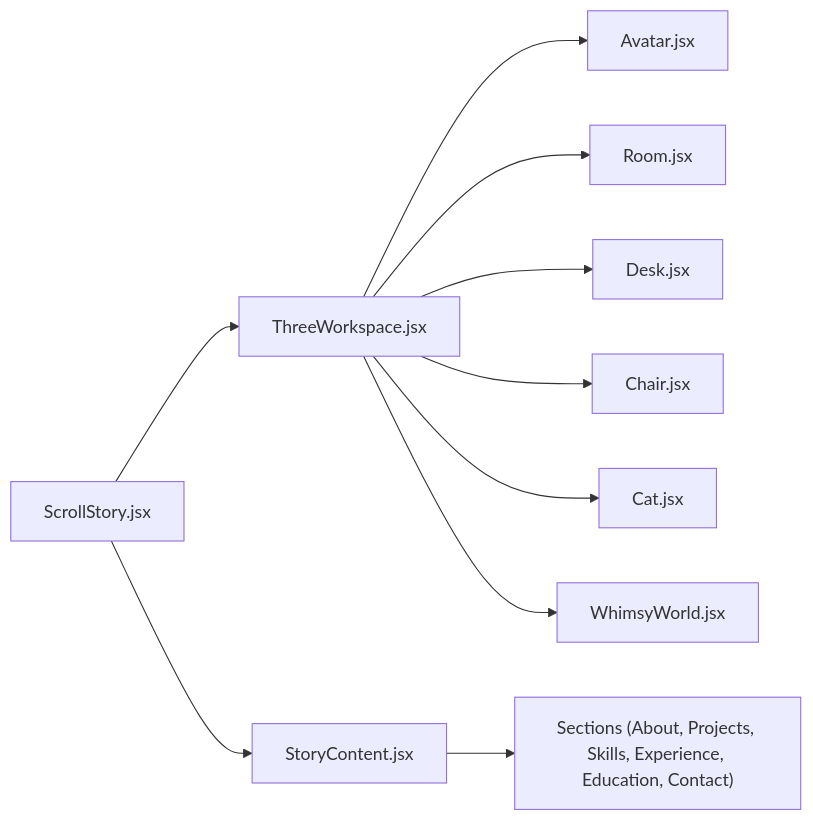
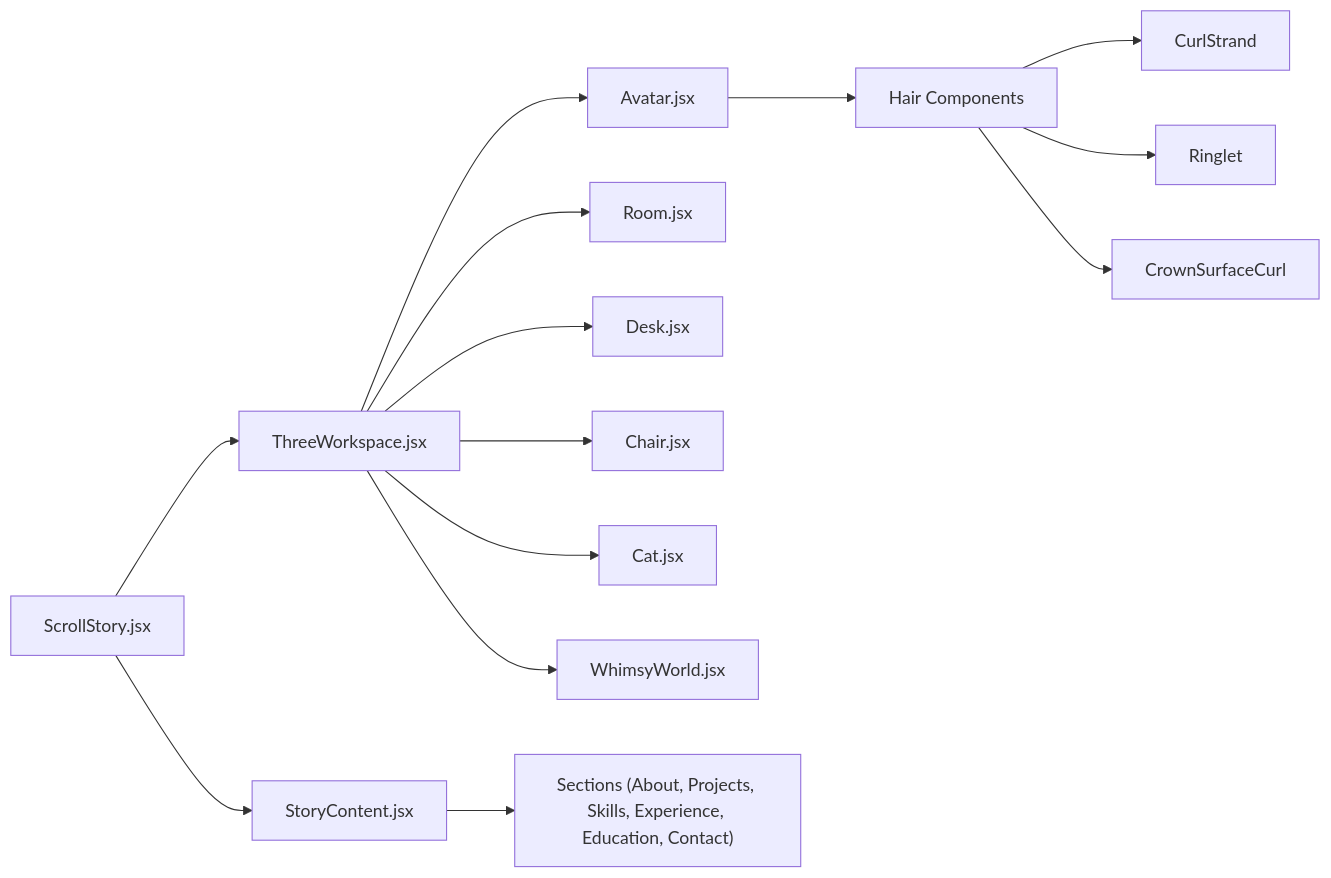
The fifth of 5 diagrams in .qoder/repowiki/en/content/3D Scene System/Character System.md (emaanfatima312005-wq/emaan-portfolio), drawn with Mermaid before and after one commit. The commit also changed other lines of this file and 9 other files, not shown here.

````diff
--- a/.qoder/repowiki/en/content/3D Scene System/Character System.md
+++ b/.qoder/repowiki/en/content/3D Scene System/Character System.md
@@ -202,12 +268,16 @@
 ```mermaid
 graph LR
 ScrollStory["ScrollStory.jsx"] --> ThreeWorkspace["ThreeWorkspace.jsx"]
 ScrollStory --> StoryContent["StoryContent.jsx"]
 ThreeWorkspace --> Avatar["Avatar.jsx"]
 ThreeWorkspace --> Room["Room.jsx"]
 ThreeWorkspace --> Desk["Desk.jsx"]
 ThreeWorkspace --> Chair["Chair.jsx"]
 ThreeWorkspace --> Cat["Cat.jsx"]
 ThreeWorkspace --> WhimsyWorld["WhimsyWorld.jsx"]
+Avatar --> HairSystem["Hair Components"]
+HairSystem --> CurlStrand["CurlStrand"]
+HairSystem --> Ringlet["Ringlet"]
+HairSystem --> CrownSurfaceCurl["CrownSurfaceCurl"]
 StoryContent --> Sections["Sections (About, Projects, Skills, Experience, Education, Contact)"]
 ```
````
